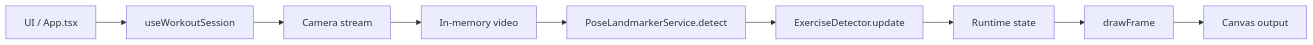
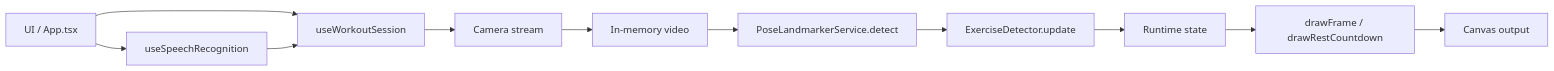
The diagram in docs/architecture.md (alexeyabretov00-eng/workout-counter-react), drawn with Mermaid before and after one commit. The commit also changed other lines of this file and 45 other files, not shown here.

````diff
--- a/docs/architecture.md
+++ b/docs/architecture.md
@@ -42,11 +45,13 @@
 ```mermaid
 flowchart LR
   UI[UI / App.tsx] --> Session[useWorkoutSession]
+  UI --> Speech[useSpeechRecognition]
+  Speech --> Session
   Session --> Camera[Camera stream]
   Camera --> Video[In-memory video]
   Video --> Pose[PoseLandmarkerService.detect]
   Pose --> Detector[ExerciseDetector.update]
   Detector --> Runtime[Runtime state]
-  Runtime --> Render[drawFrame]
-  Render --> Canvas[Canvas output]
+  Runtime --> Draw[drawFrame / drawRestCountdown]
+  Draw --> Canvas[Canvas output]
 ```
````
